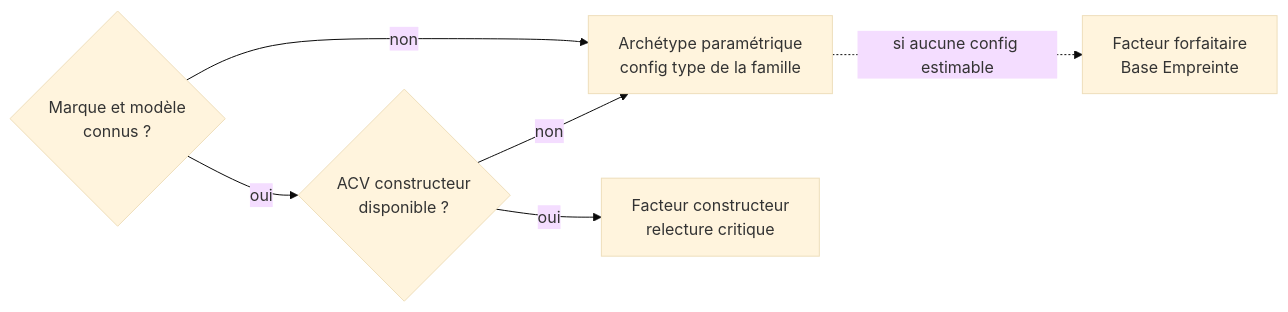
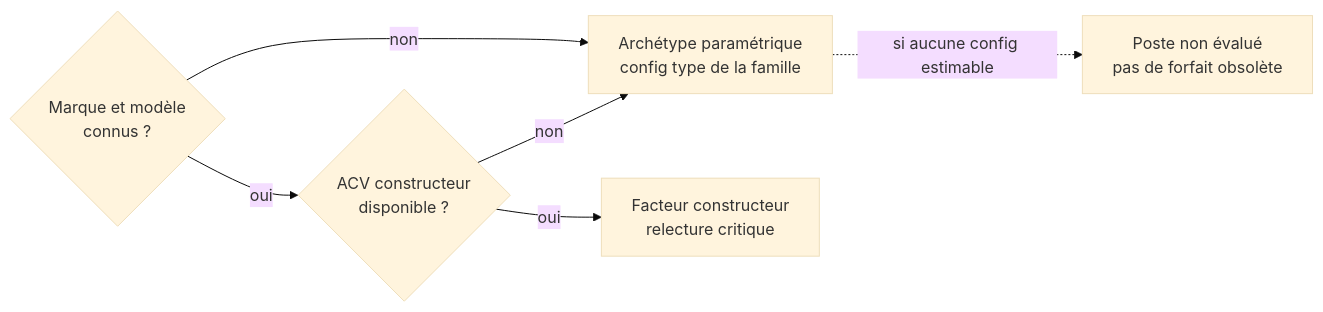
Before and after one commit to digital4better/methodology: the third of 3 diagrams in docs/modelisation/modelisation-d-un-equipement.md, drawn with Mermaid (base theme). The commit also changed other lines of this file and 193 other files, not shown here.

````diff
--- a/docs/modelisation/modelisation-d-un-equipement.md
+++ b/docs/modelisation/modelisation-d-un-equipement.md
@@ -178,8 +205,8 @@
 ```mermaid
 flowchart LR
     A{"Marque et modèle\nconnus ?"} -- oui --> B{"ACV constructeur\ndisponible ?"}
     A -- non --> C[Archétype paramétrique<br>config type de la famille]
     B -- oui --> D[Facteur constructeur<br>relecture critique]
     B -- non --> C
-    C -.->|si aucune config estimable| F[Facteur forfaitaire<br>Base Empreinte]
+    C -.->|si aucune config estimable| F[Poste non évalué<br>pas de forfait obsolète]
 ```
````
